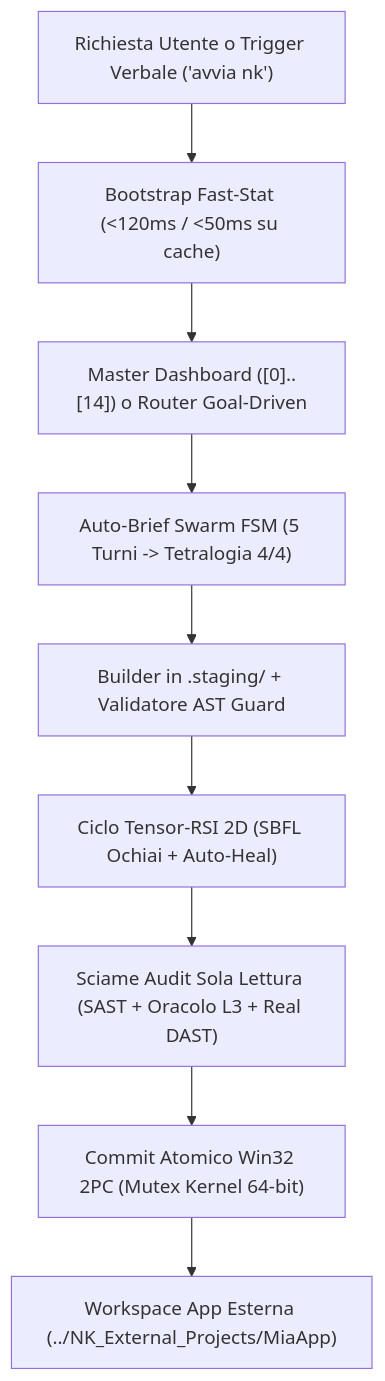
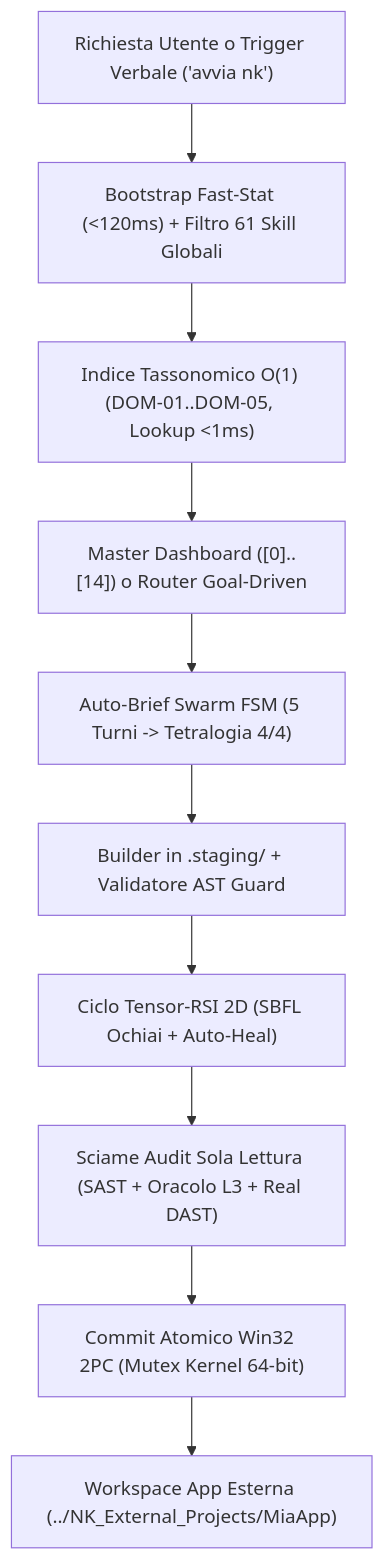
Before and after one commit to erbaldo86/NK-Hub: the first of 2 diagrams in README.it.md, drawn with Mermaid. The commit also changed other lines of this file and 76 other files, not shown here.

Commit message:
release(v3.5.2): indice modulare O(1), 5 domini, filtro 61 skill globali, TAS v4.0 e 74 Golden Tests

````diff
--- a/README.it.md
+++ b/README.it.md
@@ -68,11 +74,12 @@
 ```mermaid
 flowchart TD
-    U["Richiesta Utente o Trigger Verbale ('avvia nk')"] --> B["Bootstrap Fast-Stat (<120ms / <50ms su cache)"]
-    B --> M["Master Dashboard ([0]..[14]) o Router Goal-Driven"]
+    U["Richiesta Utente o Trigger Verbale ('avvia nk')"] --> B["Bootstrap Fast-Stat (<120ms) + Filtro 61 Skill Globali"]
+    B --> I["Indice Tassonomico O(1) (DOM-01..DOM-05, Lookup <1ms)"]
+    I --> M["Master Dashboard ([0]..[14]) o Router Goal-Driven"]
     M --> P["Auto-Brief Swarm FSM (5 Turni -> Tetralogia 4/4)"]
     P --> S["Builder in .staging/ + Validatore AST Guard"]
     S --> R["Ciclo Tensor-RSI 2D (SBFL Ochiai + Auto-Heal)"]
     R --> A["Sciame Audit Sola Lettura (SAST + Oracolo L3 + Real DAST)"]
     A --> C["Commit Atomico Win32 2PC (Mutex Kernel 64-bit)"]
     C --> E["Workspace App Esterna (../NK_External_Projects/MiaApp)"]
 ```
````
